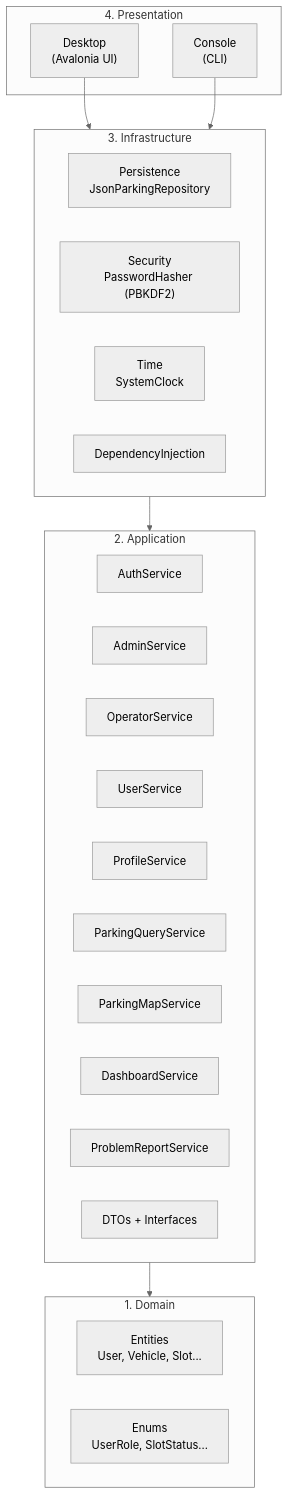
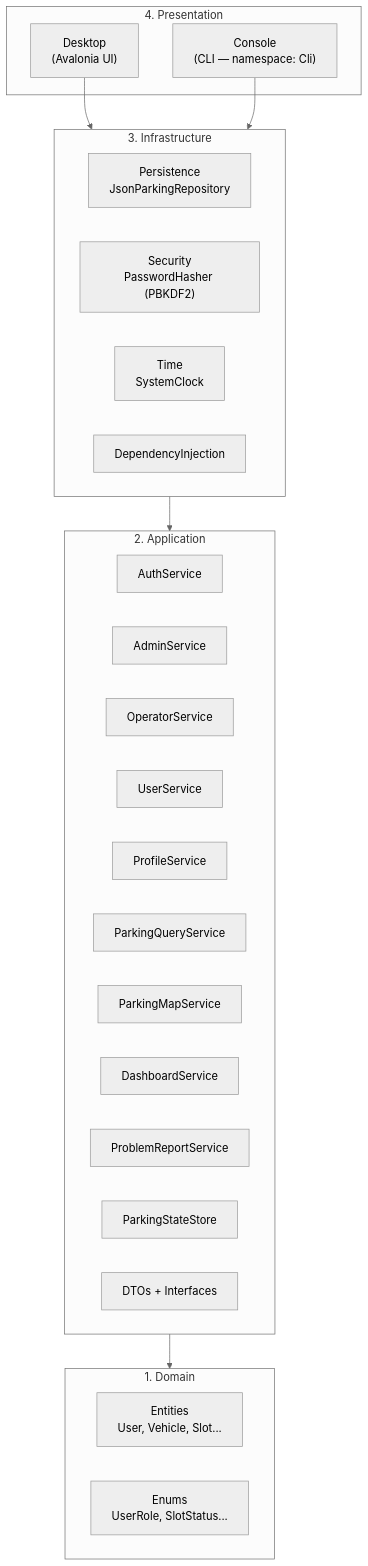
The first of 2 diagrams in README.md (abd1bayev/Parking_tizimi_C-_PBL_2), drawn with Mermaid (neutral theme) before and after one commit. The commit also changed other lines of this file, not shown here.

````diff
--- a/README.md
+++ b/README.md
@@ -27,37 +90,38 @@
 ```mermaid
 flowchart TB
     subgraph Presentation["4. Presentation"]
         Desktop["Desktop\n(Avalonia UI)"]
-        Console["Console\n(CLI)"]
+        Console["Console\n(CLI — namespace: Cli)"]
     end
 
     subgraph Infrastructure["3. Infrastructure"]
         Repo["Persistence\nJsonParkingRepository"]
         Security["Security\nPasswordHasher (PBKDF2)"]
         Time["Time\nSystemClock"]
         DI["DependencyInjection"]
     end
 
     subgraph Application["2. Application"]
         Auth["AuthService"]
         Admin["AdminService"]
         Operator["OperatorService"]
         User["UserService"]
         Profile["ProfileService"]
         Query["ParkingQueryService"]
         Map["ParkingMapService"]
         Dashboard["DashboardService"]
         Problems["ProblemReportService"]
+        Store["ParkingStateStore"]
         DTOs["DTOs + Interfaces"]
     end
 
     subgraph Domain["1. Domain"]
         Entities["Entities\nUser, Vehicle, Slot..."]
         Enums["Enums\nUserRole, SlotStatus..."]
     end
 
     Desktop --> Infrastructure
     Console --> Infrastructure
     Infrastructure --> Application
     Application --> Domain
 ```
````
